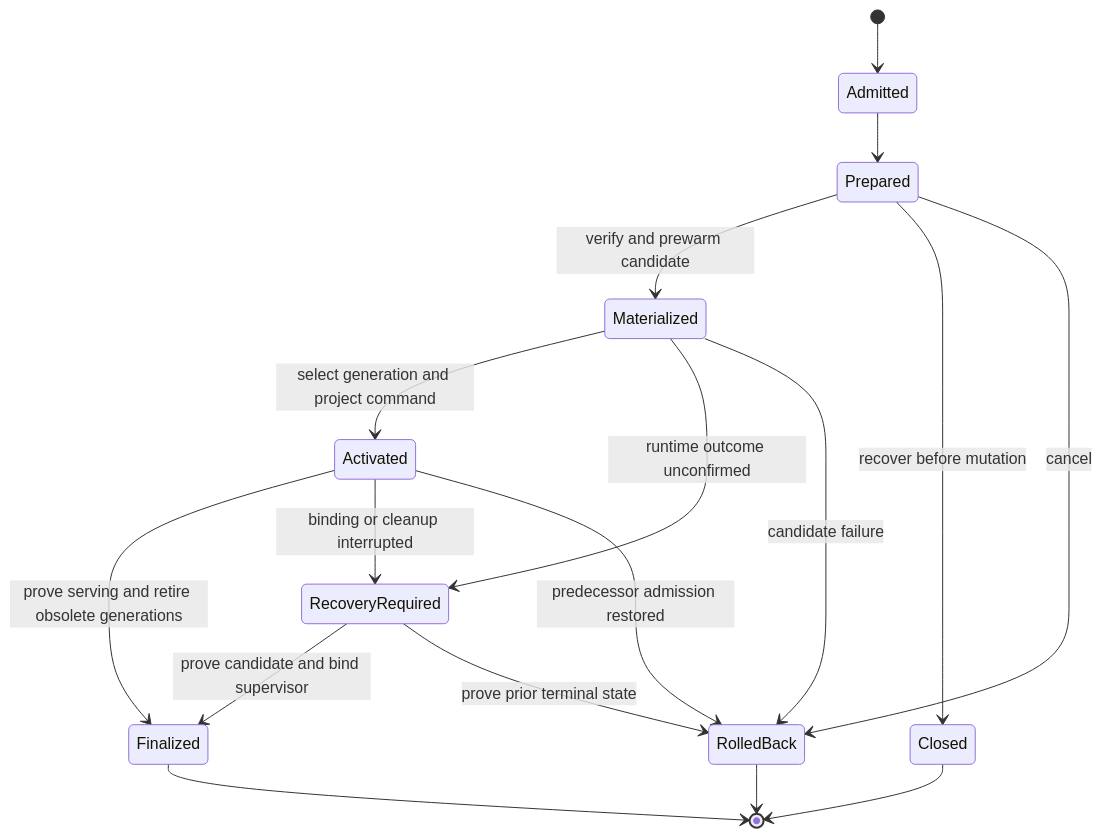
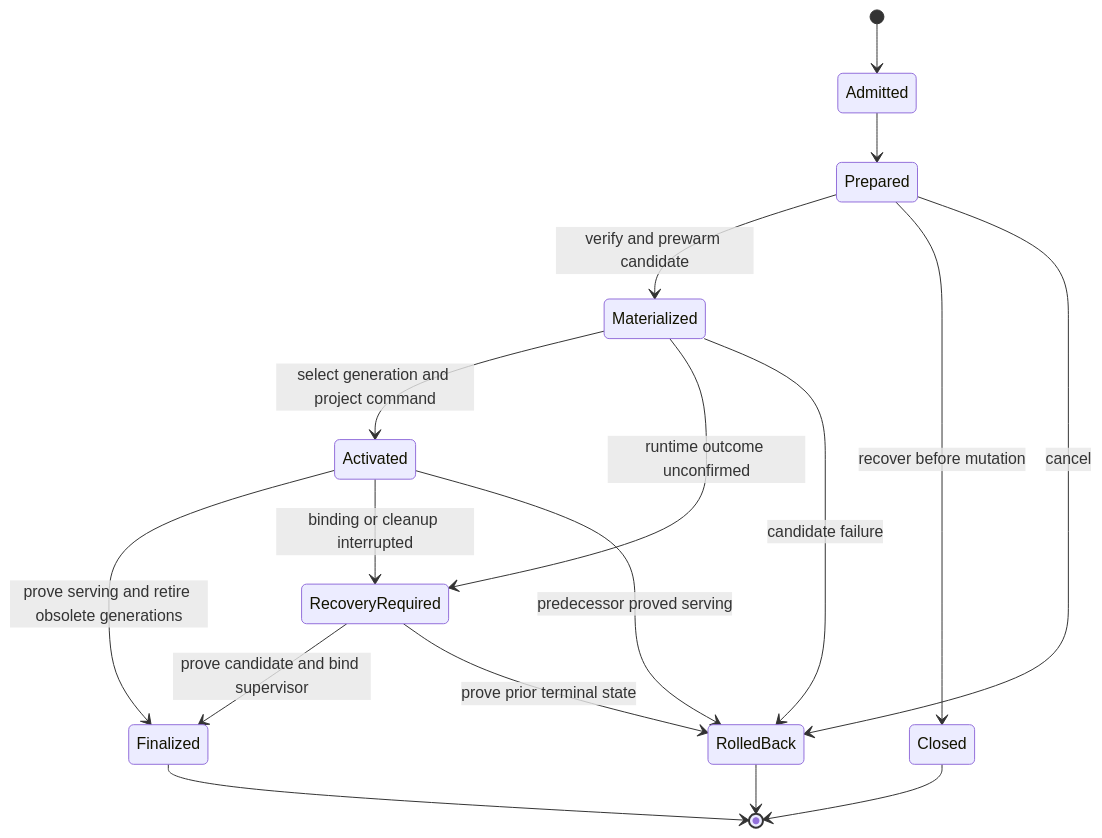
Before and after one commit to HengYangDS/openai-responses-proxy: the fifth of 5 diagrams in docs/architecture/authority-and-runtime-boundary.md, drawn with Mermaid. The commit also changed 42 other files, not shown here.

````diff
--- a/docs/architecture/authority-and-runtime-boundary.md
+++ b/docs/architecture/authority-and-runtime-boundary.md
@@ -308,19 +308,19 @@
 ```mermaid
 stateDiagram-v2
     [*] --> Admitted
     Admitted --> Prepared
     Prepared --> Materialized: verify and prewarm candidate
     Materialized --> Activated: select generation and project command
     Activated --> Finalized: prove serving and retire obsolete generations
     Materialized --> RecoveryRequired: runtime outcome unconfirmed
     Activated --> RecoveryRequired: binding or cleanup interrupted
     RecoveryRequired --> Finalized: prove candidate and bind supervisor
     RecoveryRequired --> RolledBack: prove prior terminal state
     Prepared --> Closed: recover before mutation
     Prepared --> RolledBack: cancel
     Materialized --> RolledBack: candidate failure
-    Activated --> RolledBack: predecessor admission restored
+    Activated --> RolledBack: predecessor proved serving
     Finalized --> [*]
     RolledBack --> [*]
     Closed --> [*]
 ```
````
